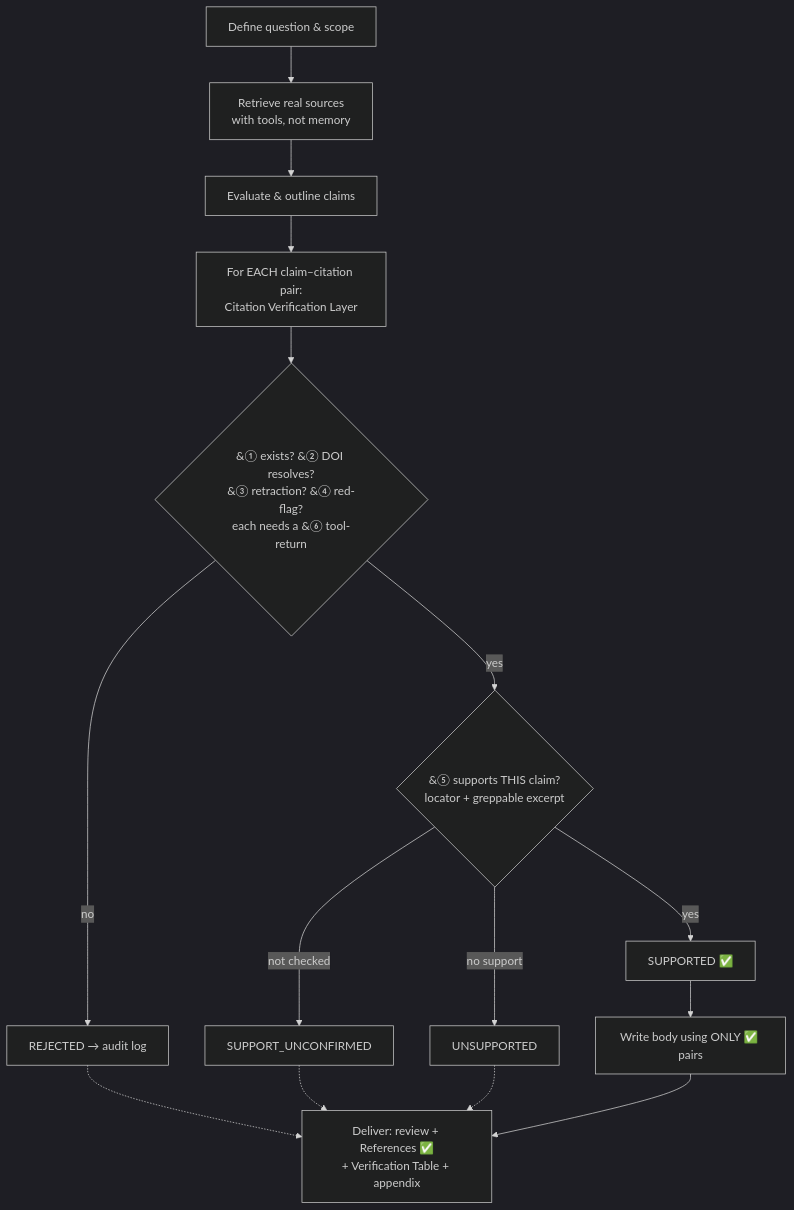
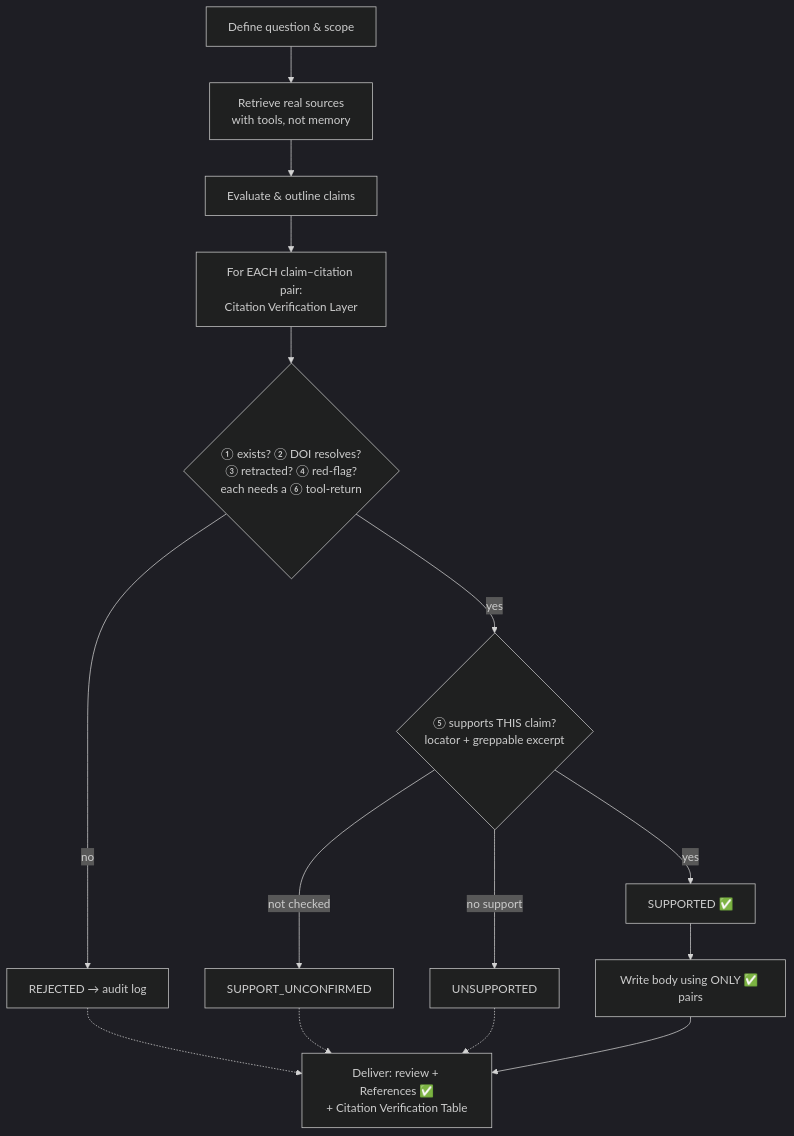
The diagram in README.md (ganma0517/literature-review-hardened), drawn with Mermaid (dark theme) before and after one commit. The commit also changed other lines of this file, not shown here.

````diff
--- a/README.md
+++ b/README.md
@@ -12,17 +21,17 @@
 ```mermaid
 flowchart TD
-    A[Define question &amp; scope] --> B[Retrieve real sources<br/>with tools, not memory]
-    B --> C[Evaluate &amp; outline claims]
+    A[Define question & scope] --> B[Retrieve real sources<br/>with tools, not memory]
+    B --> C[Evaluate & outline claims]
     C --> D[For EACH claim–citation pair:<br/>Citation Verification Layer]
-    D --> E{&#9312; exists? &#9313; DOI resolves?<br/>&#9314; retraction? &#9315; red-flag?<br/>each needs a &#9317; tool-return}
+    D --> E{"① exists? ② DOI resolves?<br/>③ retracted? ④ red-flag?<br/>each needs a ⑥ tool-return"}
     E -->|no| R[REJECTED → audit log]
-    E -->|yes| F{&#9316; supports THIS claim?<br/>locator + greppable excerpt}
+    E -->|yes| F{"⑤ supports THIS claim?<br/>locator + greppable excerpt"}
     F -->|not checked| U1[SUPPORT_UNCONFIRMED]
     F -->|no support| U2[UNSUPPORTED]
     F -->|yes| S[SUPPORTED ✅]
     S --> G[Write body using ONLY ✅ pairs]
-    G --> H[Deliver: review + References ✅<br/>+ Verification Table + appendix]
+    G --> H[Deliver: review + References ✅<br/>+ Citation Verification Table]
     R -.-> H
     U1 -.-> H
     U2 -.-> H
 ```
````
